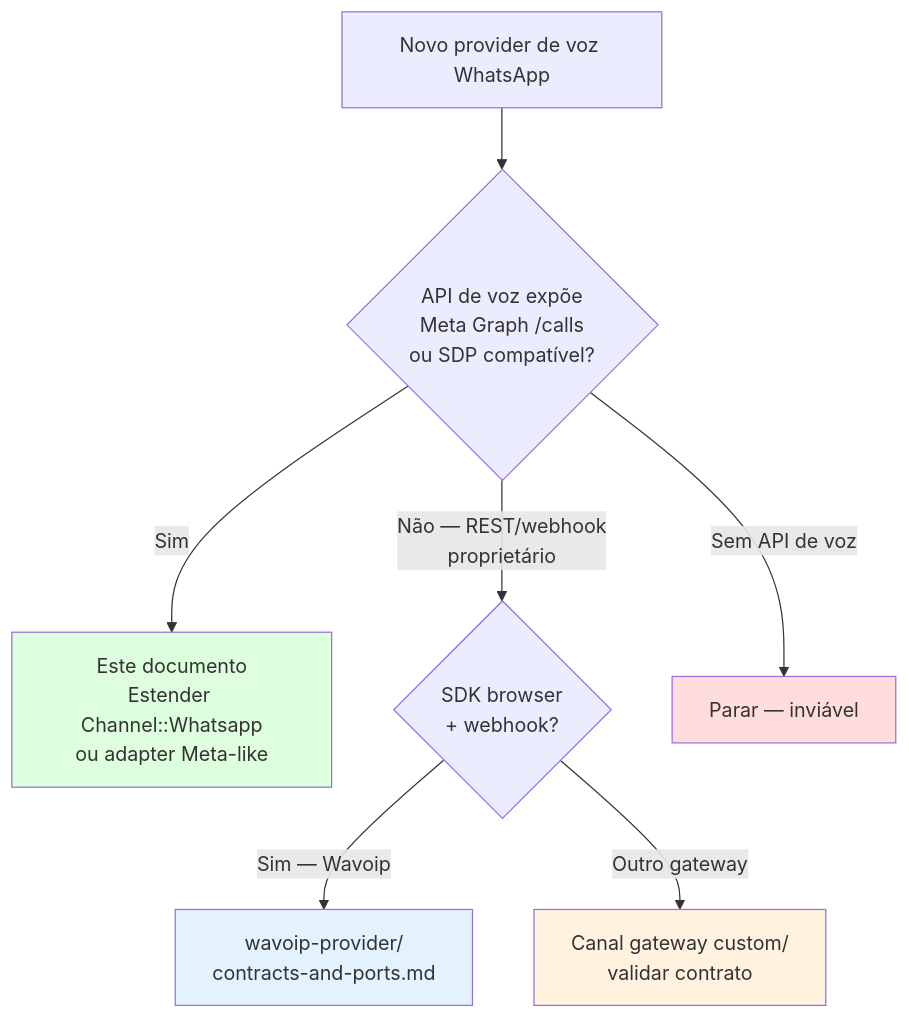
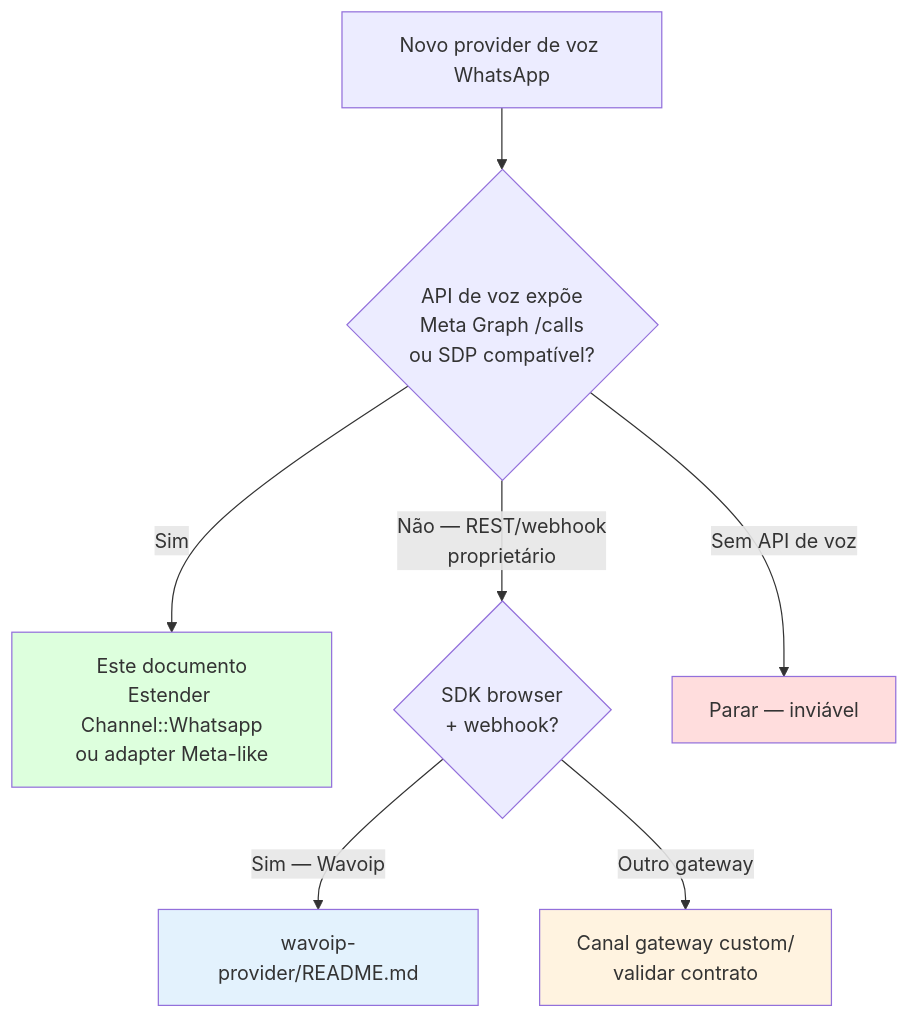
Before and after one commit to cesar-carlos/chatwoot: the first of 2 diagrams in doc/feature/whatsapp-voice/second-provider-strategy.md, drawn with Mermaid. The commit also changed other lines of this file and 50 other files, not shown here.

````diff
--- a/doc/feature/whatsapp-voice/second-provider-strategy.md
+++ b/doc/feature/whatsapp-voice/second-provider-strategy.md
@@ -11,15 +11,15 @@
 ```mermaid
 flowchart TD
   START["Novo provider de voz WhatsApp"]
   START --> Q1{"API de voz expõe<br/>Meta Graph /calls<br/>ou SDP compatível?"}
   Q1 -->|Sim| META["Este documento<br/>Estender Channel::Whatsapp<br/>ou adapter Meta-like"]
   Q1 -->|Não — REST/webhook<br/>proprietário| Q1B{"SDK browser<br/>+ webhook?"}
-  Q1B -->|Sim — Wavoip| WAV["wavoip-provider/<br/>contracts-and-ports.md"]
+  Q1B -->|Sim — Wavoip| WAV["wavoip-provider/README.md"]
   Q1B -->|Outro gateway| GW["Canal gateway custom/<br/>validar contrato"]
   Q1 -->|Sem API de voz| STOP["Parar — inviável"]
 
   style META fill:#dfd
   style WAV fill:#e3f2fd
   style GW fill:#fff3e0
   style STOP fill:#fdd
 ```
````
